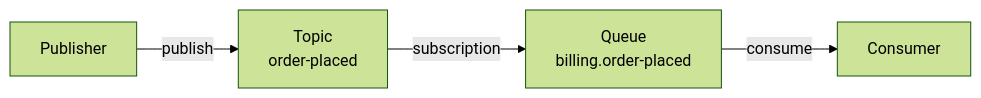
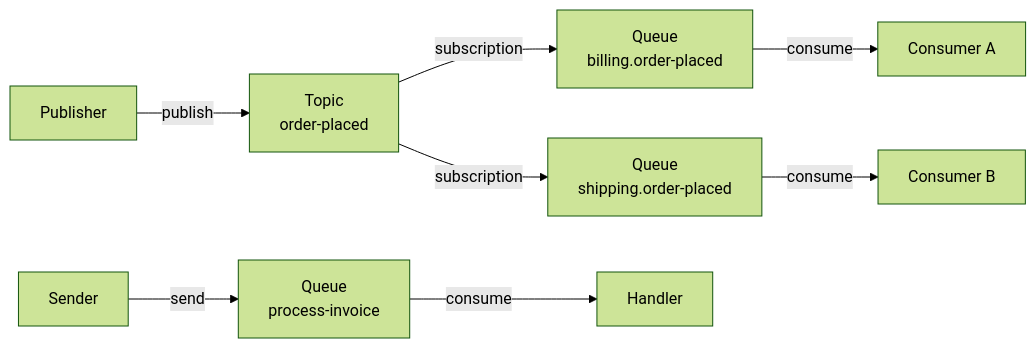
Before and after one commit to ChilliCream/graphql-platform: the diagram in website/src/docs/mocha/v16/transports/azure-service-bus.md, drawn with Mermaid (forest theme). The commit also changed other lines of this file and 1 other file, not shown here.

Commit message:
refactor: simplify Azure Service Bus topic and subscription handling

````diff
--- a/website/src/docs/mocha/v16/transports/azure-service-bus.md
+++ b/website/src/docs/mocha/v16/transports/azure-service-bus.md
@@ -124,6 +124,11 @@
 ```mermaid
 graph LR
     P[Publisher] -->|publish| T[Topic<br/>order-placed]
-    T -->|subscription| Q[Queue<br/>billing.order-placed]
-    Q -->|consume| C[Consumer]
+    T -->|subscription| Q1[Queue<br/>billing.order-placed]
+    T -->|subscription| Q2[Queue<br/>shipping.order-placed]
+    Q1 -->|consume| C1[Consumer A]
+    Q2 -->|consume| C2[Consumer B]
+
+    S[Sender] -->|send| Q3[Queue<br/>process-invoice]
+    Q3 -->|consume| C3[Handler]
 ```
````
